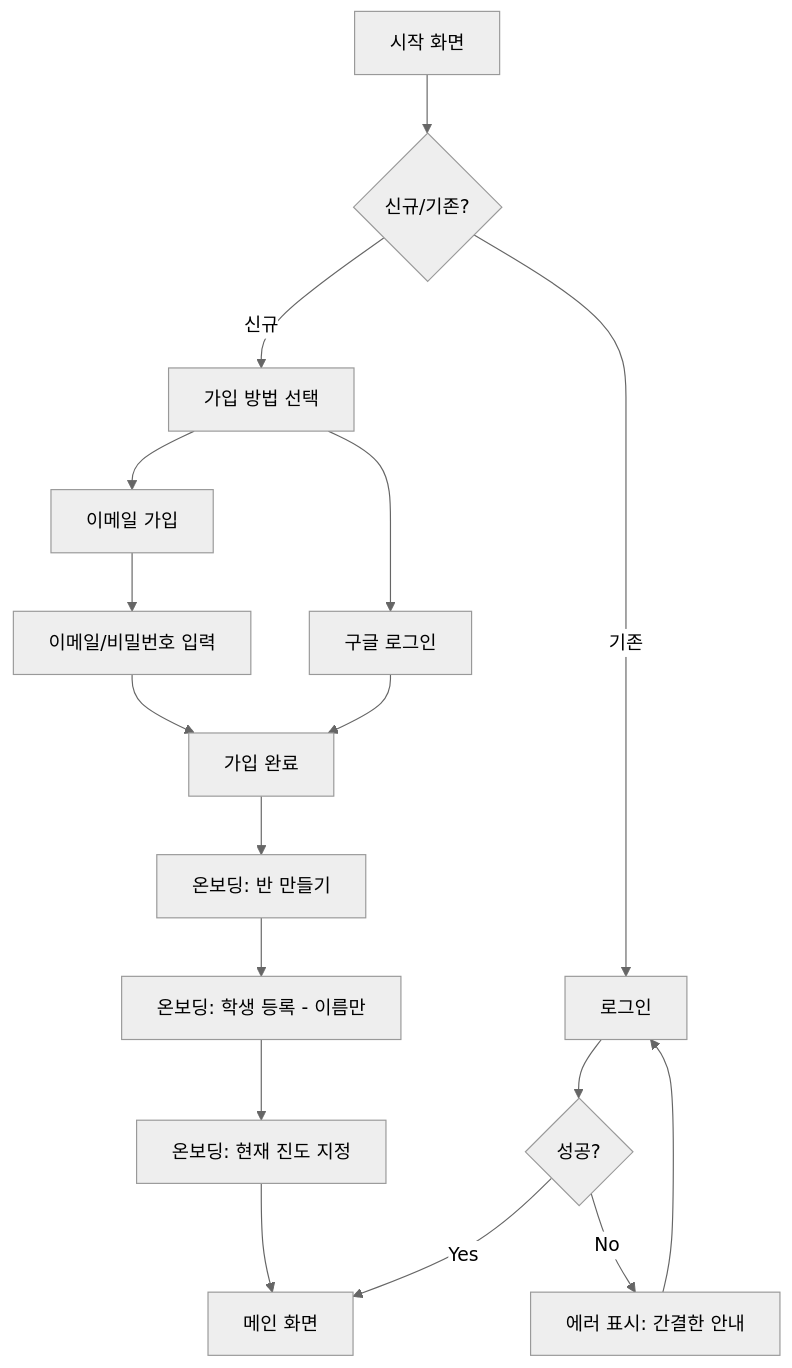
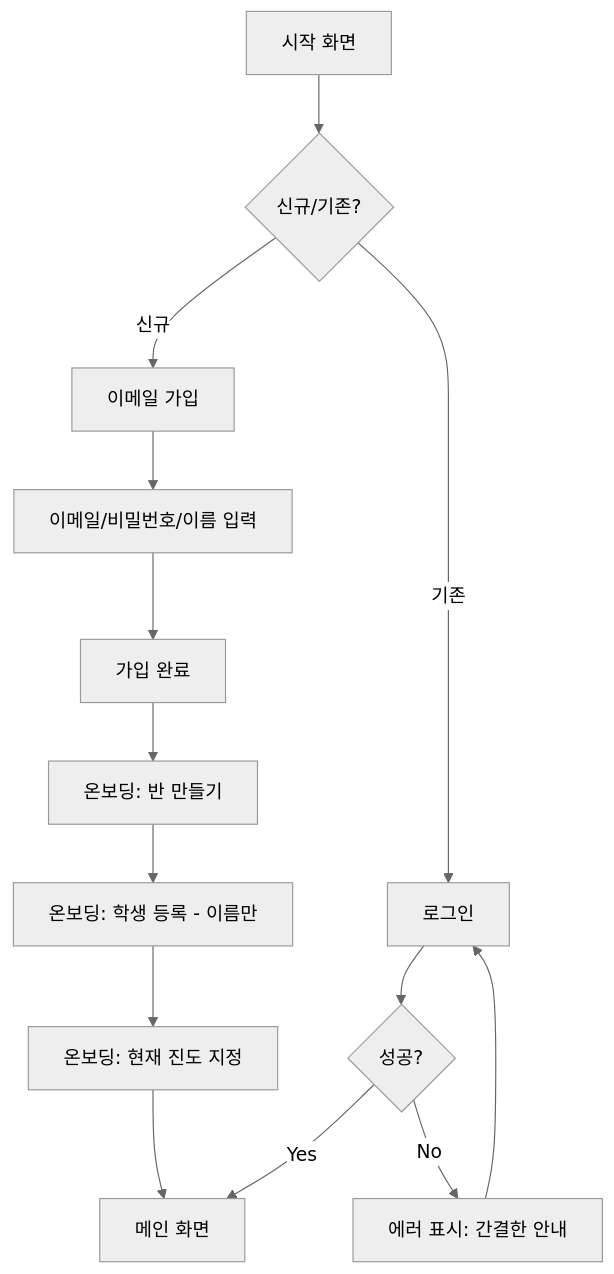
The second of 6 diagrams in docs/planning/03-user-flow.md (BIGSHOL/todays-math), drawn with Mermaid (neutral theme) before and after one commit. The commit also changed other lines of this file and 27 other files, not shown here.

````diff
--- a/docs/planning/03-user-flow.md
+++ b/docs/planning/03-user-flow.md
@@ -59,24 +59,21 @@
 ```mermaid
 graph TD
     A[시작 화면] --> B{신규/기존?}
 
-    %% 신규 사용자
-    B -->|신규| C[가입 방법 선택]
-    C --> D[이메일 가입]
-    C --> E[구글 로그인]
-    D --> F[이메일/비밀번호 입력]
+    %% 신규 사용자 — 가입 수단은 이메일 하나뿐(소셜 로그인 제거 2026-08-14)
+    B -->|신규| D[이메일 가입]
+    D --> F[이메일/비밀번호/이름 입력]
     F --> G[가입 완료]
-    E --> G
 
     G --> H[온보딩: 반 만들기]
     H --> I[온보딩: 학생 등록 - 이름만]
     I --> J[온보딩: 현재 진도 지정]
     J --> K[메인 화면]
 
     %% 기존 사용자
     B -->|기존| L[로그인]
     L --> M{성공?}
     M -->|Yes| K
     M -->|No| N[에러 표시: 간결한 안내]
     N --> L
 ```
````
